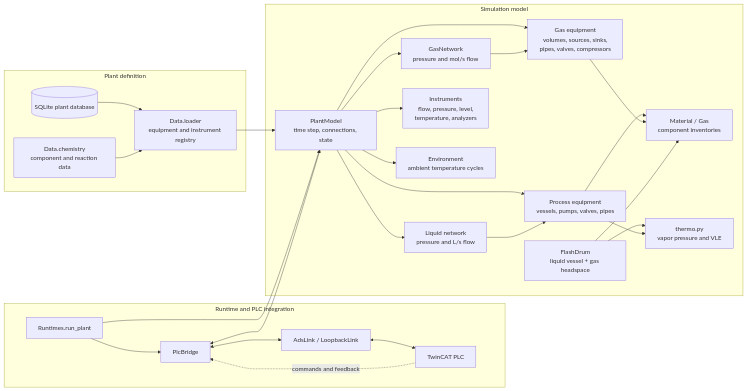
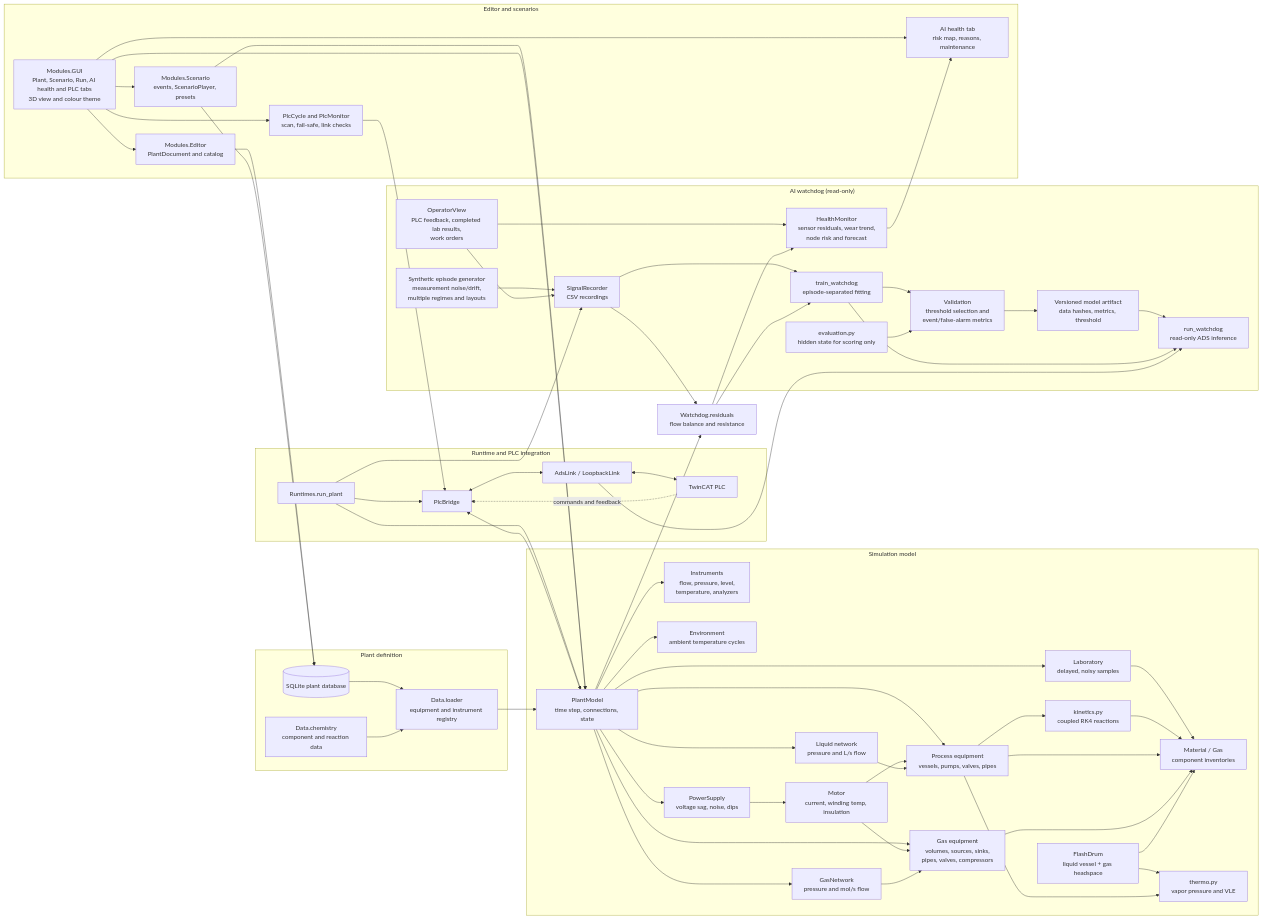
Before and after one commit to simon9201/plsim-chem: the diagram in ARCHITECTURE.md, drawn with Mermaid. The commit also changed other lines of this file and 83 other files, not shown here.

Commit message:
Added an AI watchdog and 3d views of the plant.

```diff
--- a/ARCHITECTURE.md
+++ b/ARCHITECTURE.md
@@ -33,14 +33,26 @@
         Instruments["Instruments<br/>flow, pressure, level,<br/>temperature, analyzers"]
         Flow["Material / Gas<br/>component inventories"]
         Thermo["thermo.py<br/>vapor pressure and VLE"]
+        Kinetics["kinetics.py<br/>coupled RK4 reactions"]
+        Lab["Laboratory<br/>delayed, noisy samples"]
         Environment["Environment<br/>ambient temperature cycles"]
+        Power["PowerSupply<br/>voltage sag, noise, dips"]
+        Motor["Motor<br/>current, winding temp, insulation"]
 
         Plant --> Liquid
         Plant --> GasNet
         Plant --> Equipment
         Plant --> GasEquipment
         Plant --> Instruments
+        Plant --> Lab
+        Lab --> Flow
+        Equipment --> Kinetics
+        Kinetics --> Flow
         Plant --> Environment
+        Plant --> Power
+        Power --> Motor
+        Motor --> Equipment
+        Motor --> GasEquipment
         Liquid --> Equipment
         GasNet --> GasEquipment
         Equipment --> Flow
@@ -50,6 +62,52 @@
         Equipment --> Thermo
     end
 
+    subgraph AI["AI watchdog (read-only)"]
+        OperatorView["OperatorView<br/>PLC feedback, completed lab results,<br/>work orders"]
+        Recorder["SignalRecorder<br/>CSV recordings"]
+        Synthetic["Synthetic episode generator<br/>measurement noise/drift,<br/>multiple regimes and layouts"]
+        Train["train_watchdog<br/>episode-separated fitting"]
+        Calibrate["Validation<br/>threshold selection and<br/>event/false-alarm metrics"]
+        Artifact["Versioned model artifact<br/>data hashes, metrics, threshold"]
+        Live["run_watchdog<br/>read-only ADS inference"]
+        Health["HealthMonitor<br/>sensor residuals, wear trend,<br/>node risk and forecast"]
+        GroundTruth["evaluation.py<br/>hidden state for scoring only"]
+        Synthetic --> Recorder
+        OperatorView --> Recorder
+        OperatorView --> Health
+        Recorder --> Train
+        Train --> Calibrate
+        GroundTruth --> Calibrate
+        Calibrate --> Artifact
+        Artifact --> Live
+        Train --> Live
+    end
+
+    subgraph Tools["Editor and scenarios"]
+        GUI["Modules.GUI<br/>Plant, Scenario, Run, AI health and PLC tabs<br/>3D view and colour theme"]
+        PlcMon["PlcCycle and PlcMonitor<br/>scan, fail-safe, link checks"]
+        GUI --> PlcMon
+        PlcMon --> Bridge
+        HealthView["AI health tab<br/>risk map, reasons, maintenance"]
+        Document["Modules.Editor<br/>PlantDocument and catalog"]
+        Scenario["Modules.Scenario<br/>events, ScenarioPlayer, presets"]
+        GUI --> Document
+        GUI --> Scenario
+        GUI --> HealthView
+    end
+
+    Document --> DB
+    Scenario --> DB
+    Scenario --> Plant
+    GUI --> Plant
+    Plant --> Residuals
+    Residuals --> Health
+    Health --> HealthView
+    Residuals["Watchdog.residuals<br/>flow balance and resistance"]
+    Recorder --> Residuals
+    Residuals --> Train
+    Runner --> Recorder
+    Link --> Live
     Loader --> Plant
     Runner --> Plant
     Bridge <--> Plant
```
